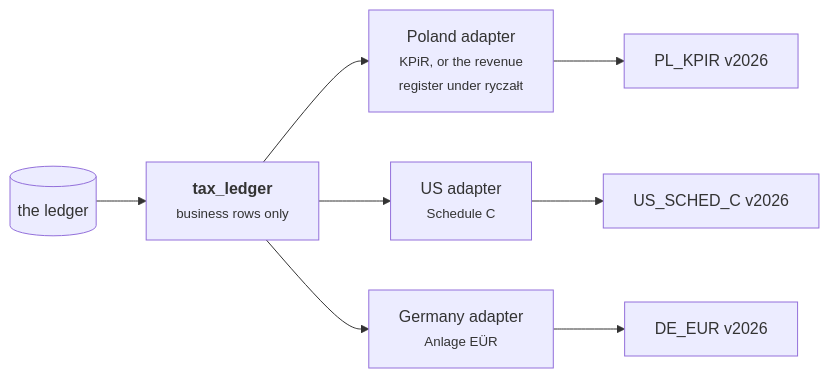
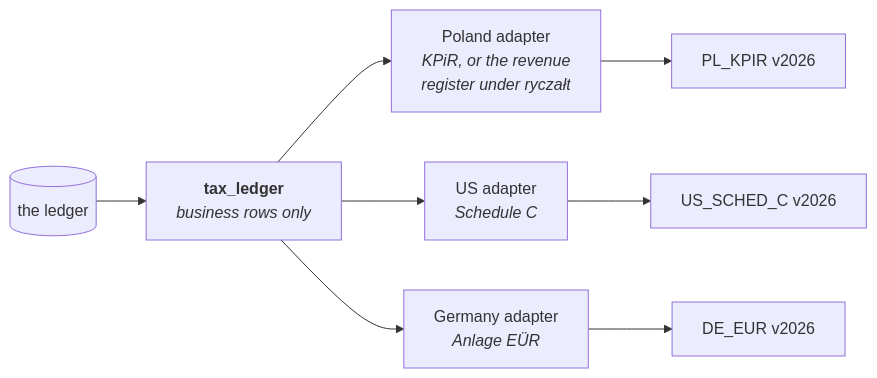
One commit to VoltLightning/waltning changed the third of 3 diagrams in docs/wiki/Tax-Isolation.md. Above: the diagram before and after it, drawn with Mermaid. The commit also changed other lines of this file and 15 other files, not shown here.

````diff
--- a/docs/wiki/Tax-Isolation.md
+++ b/docs/wiki/Tax-Isolation.md
@@ -115,10 +115,10 @@
 ```mermaid
 graph LR
-    TABLES[("the ledger")] --> VIEW["<b>tax_ledger</b><br/><small>business rows only</small>"]
-    VIEW --> PL["Poland adapter<br/><small>KPiR, or the revenue<br/>register under ryczałt</small>"]
-    VIEW --> US["US adapter<br/><small>Schedule C</small>"]
-    VIEW --> DE["Germany adapter<br/><small>Anlage EÜR</small>"]
+    TABLES[("the ledger")] --> VIEW["<b>tax_ledger</b><br/><i>business rows only</i>"]
+    VIEW --> PL["Poland adapter<br/><i>KPiR, or the revenue<br/>register under ryczałt</i>"]
+    VIEW --> US["US adapter<br/><i>Schedule C</i>"]
+    VIEW --> DE["Germany adapter<br/><i>Anlage EÜR</i>"]
     PL --> S1["PL_KPIR v2026"]
     US --> S2["US_SCHED_C v2026"]
     DE --> S3["DE_EUR v2026"]
 ```
````
